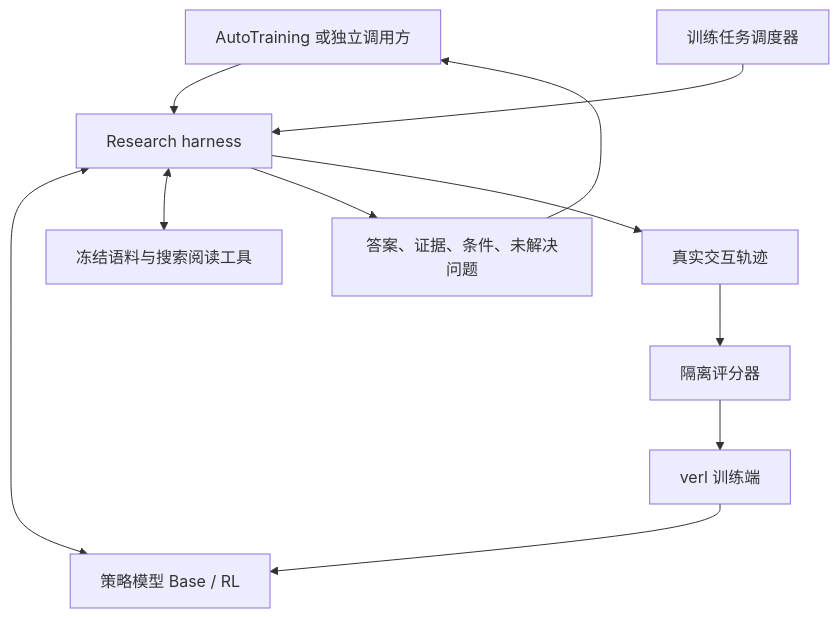
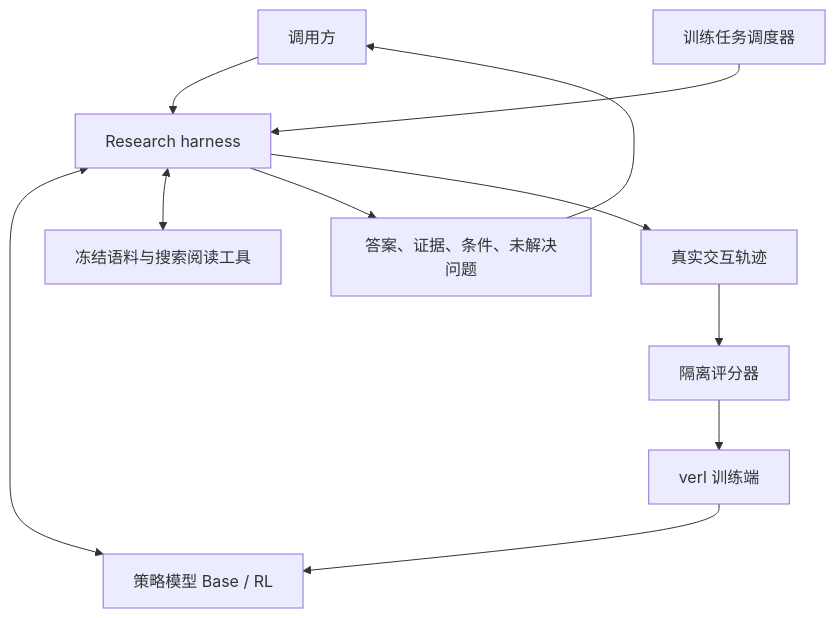
One commit to xychen0335/Research-Agent changed the diagram in docs/research/PLAN.md. Above: the diagram before and after it, drawn with Mermaid. The commit also changed other lines of this file and 6 other files, not shown here.

First line of the commit message:
feat: 移除 AutoTraining 接口

````diff
--- a/docs/research/PLAN.md
+++ b/docs/research/PLAN.md
@@ -33,13 +23,13 @@
 ```mermaid
 flowchart TD
-    A[AutoTraining 或独立调用方] --> H[Research harness]
+    A[调用方] --> H[Research harness]
     T[训练任务调度器] --> H
     H <--> P[策略模型 Base / RL]
     H <--> E[冻结语料与搜索阅读工具]
     H --> O[答案、证据、条件、未解决问题]
     O --> A
     H --> L[真实交互轨迹]
     L --> G[隔离评分器]
     G --> R[verl 训练端]
     R --> P
 ```
````
